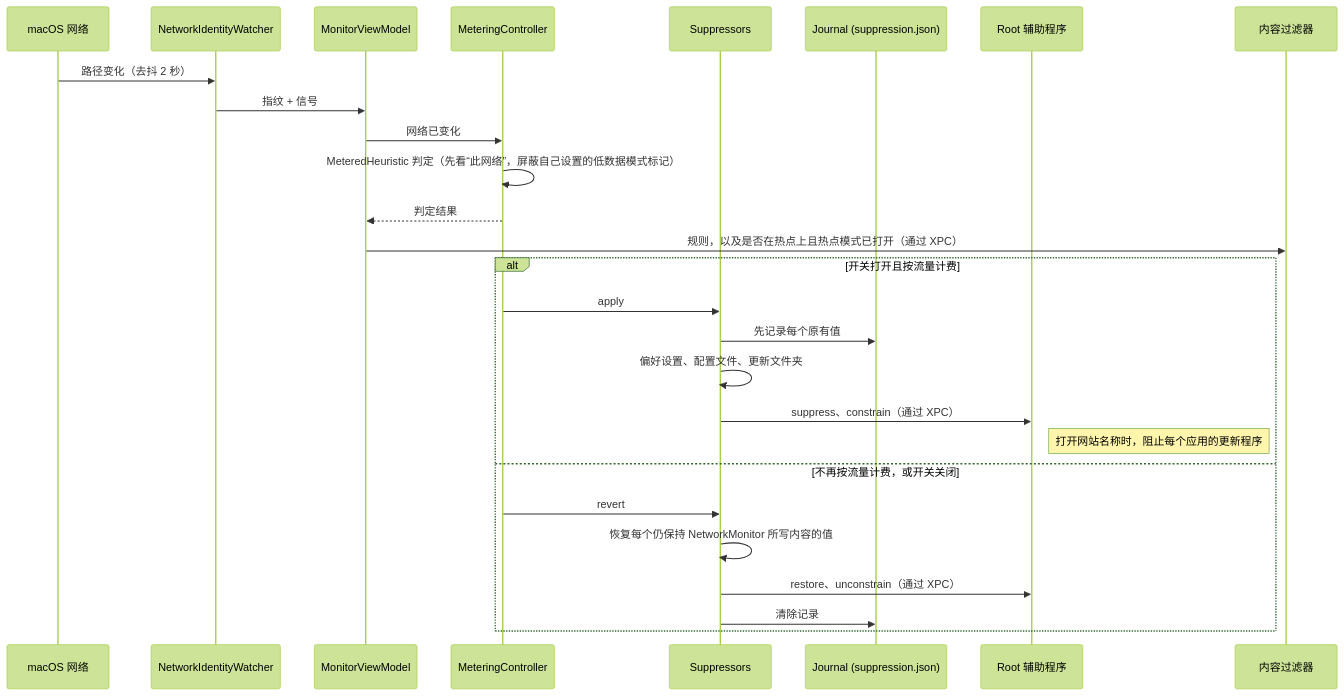
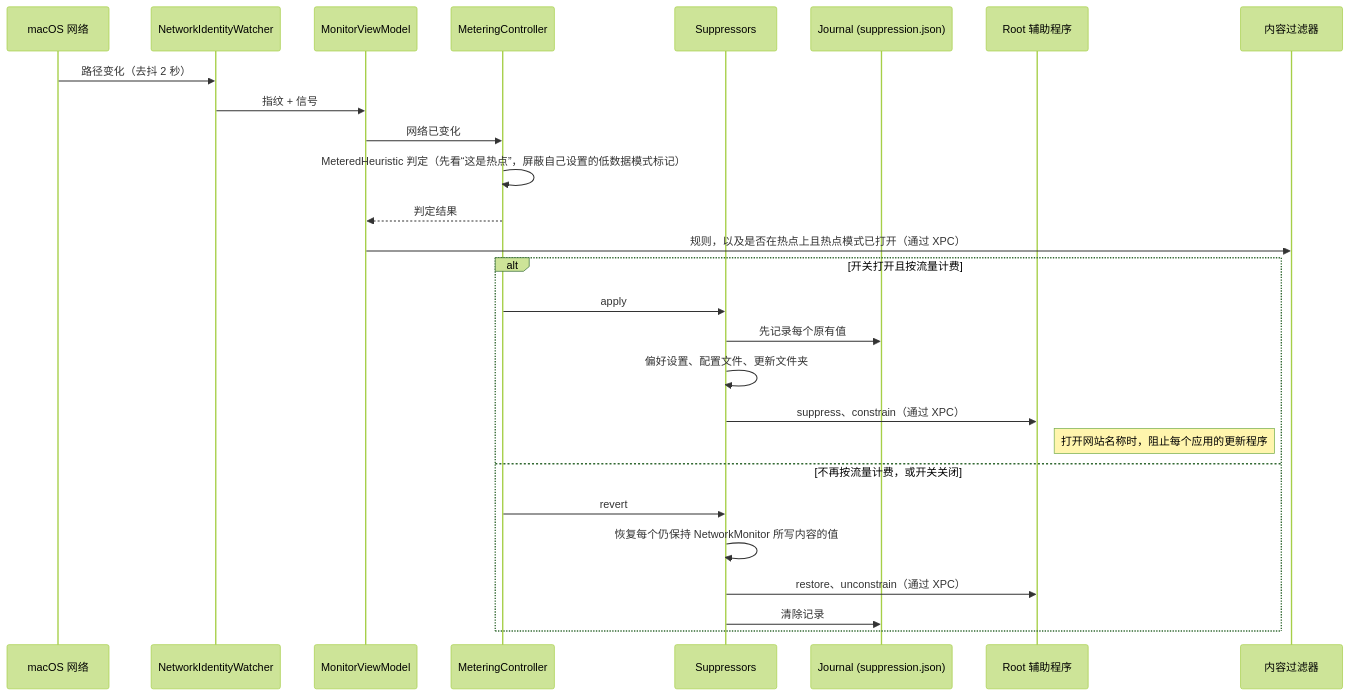
Before and after one commit to kevinabouhanna/NetworkMonitor: the diagram in docs/zh-Hans/hotspot-mode.md, drawn with Mermaid (forest theme). The commit also changed other lines of this file and 163 other files, not shown here.

First line of the commit message:
Flow overhaul: a named way into every feature, numbers in the windows, setup in Settings (#436) (#448)

````diff
--- a/docs/zh-Hans/hotspot-mode.md
+++ b/docs/zh-Hans/hotspot-mode.md
@@ -106,30 +106,30 @@
 ```mermaid
 sequenceDiagram
     participant Mac as macOS 网络
     participant W as NetworkIdentityWatcher
     participant VM as MonitorViewModel
     participant M as MeteringController
     participant S as Suppressors
     participant J as Journal (suppression.json)
     participant H as Root 辅助程序
     participant F as 内容过滤器
 
     Mac->>W: 路径变化（去抖 2 秒）
     W->>VM: 指纹 + 信号
     VM->>M: 网络已变化
-    M->>M: MeteredHeuristic 判定（先看“此网络”，屏蔽自己设置的低数据模式标记）
+    M->>M: MeteredHeuristic 判定（先看“这是热点”，屏蔽自己设置的低数据模式标记）
     M-->>VM: 判定结果
     VM->>F: 规则，以及是否在热点上且热点模式已打开（通过 XPC）
     alt 开关打开且按流量计费
         M->>S: apply
         S->>J: 先记录每个原有值
         S->>S: 偏好设置、配置文件、更新文件夹
         S->>H: suppress、constrain（通过 XPC）
         Note left of F: 打开网站名称时，阻止每个应用的更新程序
     else 不再按流量计费，或开关关闭
         M->>S: revert
         S->>S: 恢复每个仍保持 NetworkMonitor 所写内容的值
         S->>H: restore、unconstrain（通过 XPC）
         S->>J: 清除记录
     end
 ```
````
